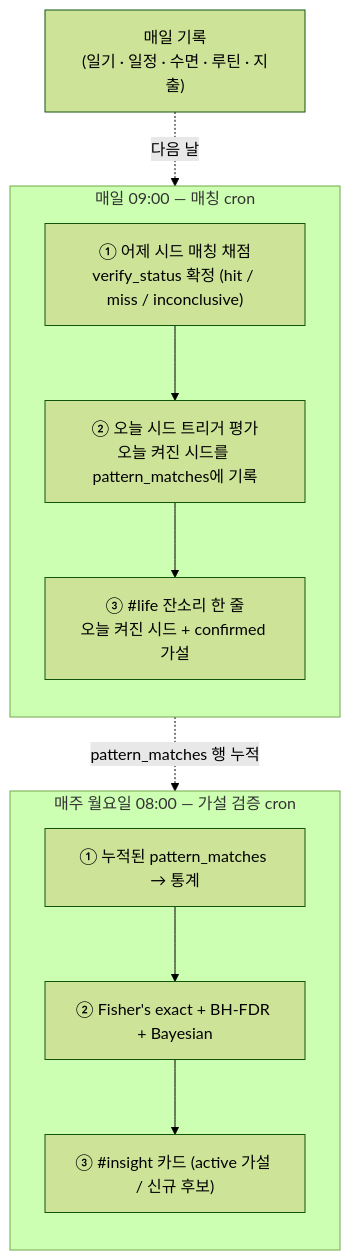
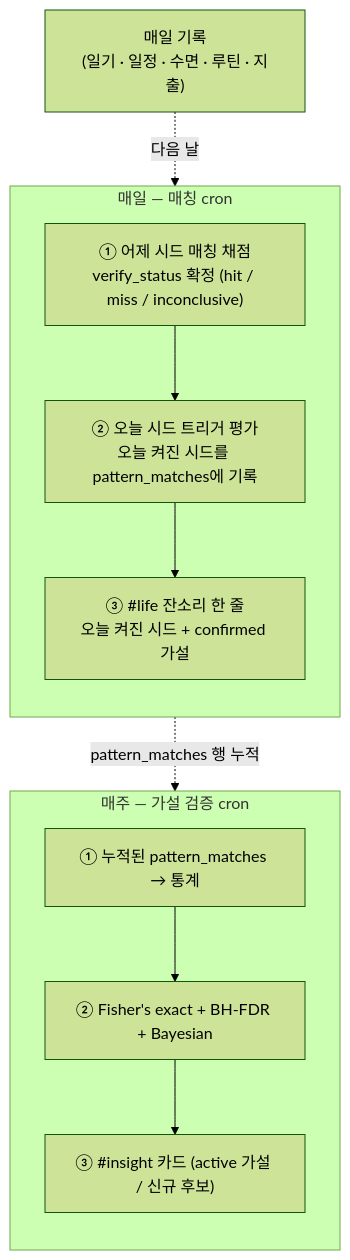
The first of 7 diagrams in docs/explainers/insight-v2.md (hyewon3938/slack-ai-agents), drawn with Mermaid (forest theme) before and after one commit. The commit also changed other lines of this file and 1 other file, not shown here.

````diff
--- a/docs/explainers/insight-v2.md
+++ b/docs/explainers/insight-v2.md
@@ -55,23 +92,23 @@
 ```mermaid
 flowchart TB
   REC["매일 기록<br/>(일기 · 일정 · 수면 · 루틴 · 지출)"]
 
-  subgraph DAILY["매일 09:00 — 매칭 cron"]
+  subgraph DAILY["매일 — 매칭 cron"]
     direction TB
     D1["① 어제 시드 매칭 채점<br/>verify_status 확정 (hit / miss / inconclusive)"]
     D2["② 오늘 시드 트리거 평가<br/>오늘 켜진 시드를 pattern_matches에 기록"]
     D3["③ #life 잔소리 한 줄<br/>오늘 켜진 시드 + confirmed 가설"]
     D1 --> D2 --> D3
   end
 
-  subgraph WEEKLY["매주 월요일 08:00 — 가설 검증 cron"]
+  subgraph WEEKLY["매주 — 가설 검증 cron"]
     direction TB
     W1["① 누적된 pattern_matches → 통계"]
     W2["② Fisher's exact + BH-FDR + Bayesian"]
     W3["③ #insight 카드 (active 가설 / 신규 후보)"]
     W1 --> W2 --> W3
   end
 
   REC -. 다음 날 .-> DAILY
   DAILY -. pattern_matches 행 누적 .-> WEEKLY
 ```
````
